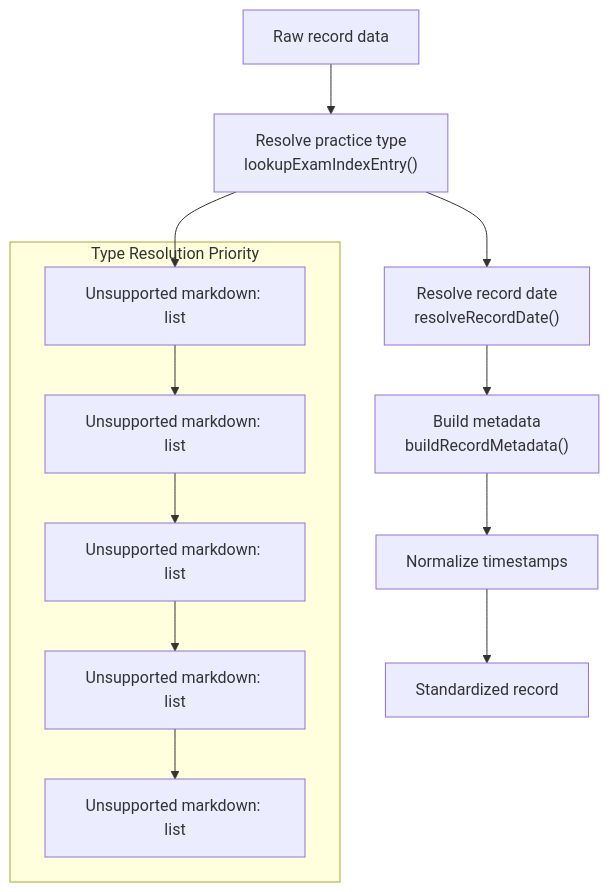
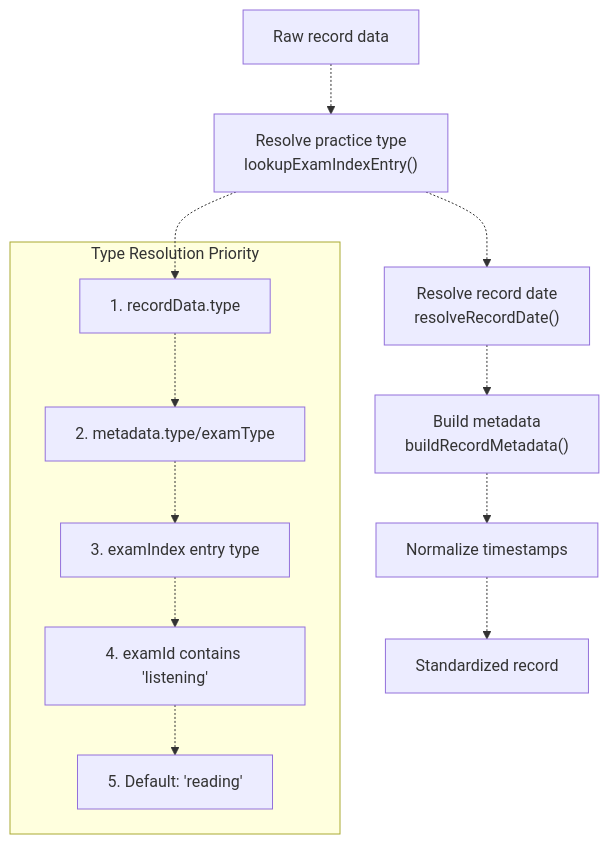
Before and after one commit to sallowayma-git/IELTS-practice: the seventh of 14 diagrams in developer/doc/Wiki/PracticeRecorder-&-ScoreStorage.md, drawn with Mermaid. The commit also changed other lines of this file and 84 other files, not shown here.

````diff
--- a/developer/doc/Wiki/PracticeRecorder-&-ScoreStorage.md
+++ b/developer/doc/Wiki/PracticeRecorder-&-ScoreStorage.md
@@ -750,34 +777,34 @@
 ```mermaid
 flowchart TD
 
 INPUT["Raw record data"]
 RESOLVE["Resolve practice type<br>lookupExamIndexEntry()"]
 DATE["Resolve record date<br>resolveRecordDate()"]
 META["Build metadata<br>buildRecordMetadata()"]
 TIMES["Normalize timestamps"]
 OUTPUT["Standardized record"]
-P1["Unsupported markdown: list"]
-P2["Unsupported markdown: list"]
-P3["Unsupported markdown: list"]
-P4["Unsupported markdown: list"]
-P5["Unsupported markdown: list"]
+P1["1. recordData.type"]
+P2["2. metadata.type/examType"]
+P3["3. examIndex entry type"]
+P4["4. examId contains 'listening'"]
+P5["5. Default: 'reading'"]
 
-INPUT --> RESOLVE
-RESOLVE --> DATE
-DATE --> META
-META --> TIMES
-TIMES --> OUTPUT
-RESOLVE --> P1
+INPUT -.-> RESOLVE
+RESOLVE -.-> DATE
+DATE -.-> META
+META -.-> TIMES
+TIMES -.-> OUTPUT
+RESOLVE -.-> P1
 
 subgraph subGraph0 ["Type Resolution Priority"]
     P1
     P2
     P3
     P4
     P5
-    P1 --> P2
-    P2 --> P3
-    P3 --> P4
-    P4 --> P5
+    P1 -.-> P2
+    P2 -.-> P3
+    P3 -.-> P4
+    P4 -.-> P5
 end
 ```
````
